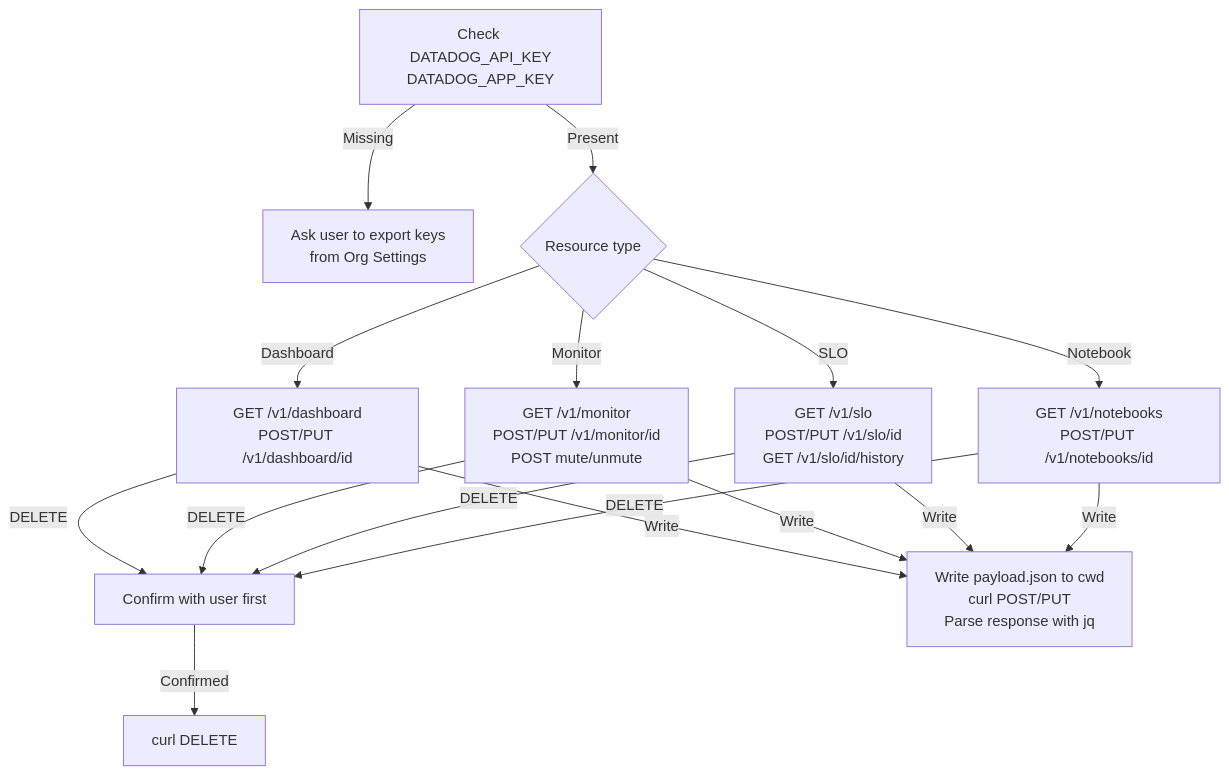
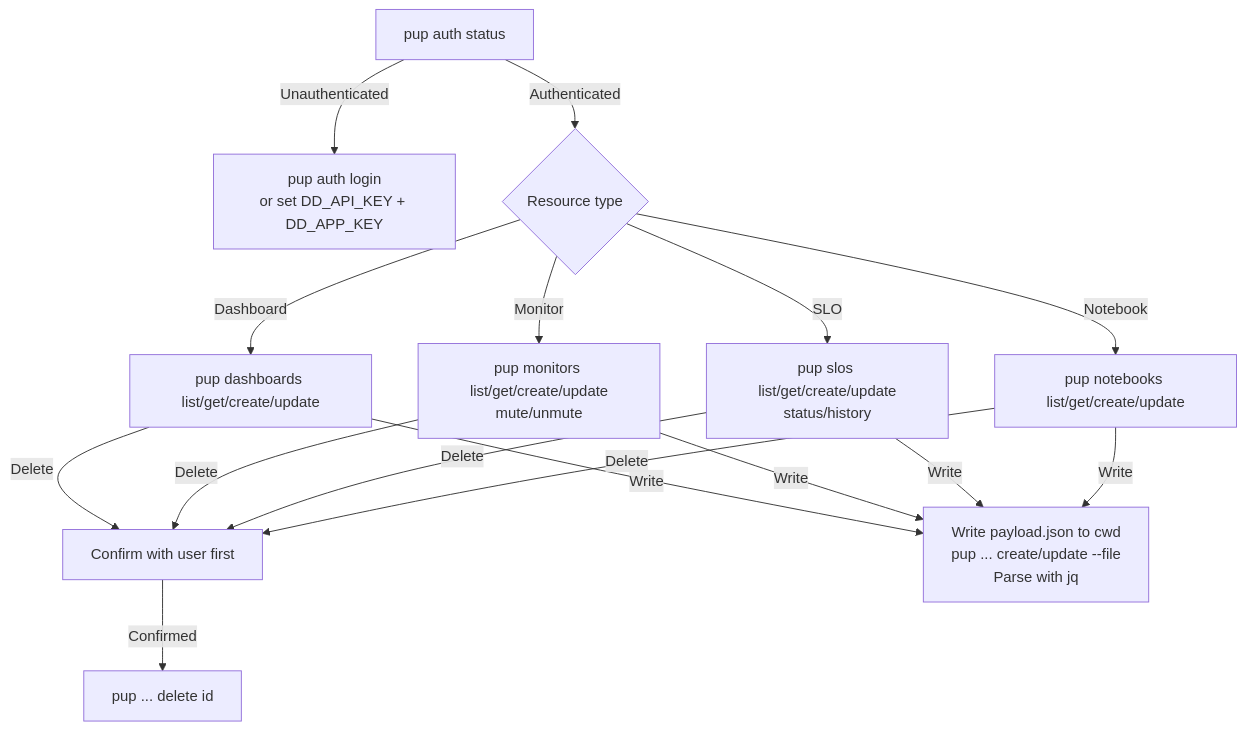
The diagram in skills/datadog/README.md (whizzzkid/skills), drawn with Mermaid before and after one commit. The commit also changed other lines of this file and 3 other files, not shown here.

First line of the commit message:
refactor(skills): ♻️ datadog — switch from REST/MCP to the pup CLI

````diff
--- a/skills/datadog/README.md
+++ b/skills/datadog/README.md
@@ -16,12 +16,12 @@
 ```mermaid
 flowchart TD
-    A[Check DATADOG_API_KEY<br/>DATADOG_APP_KEY] -->|Missing| B[Ask user to export keys<br/>from Org Settings]
-    A -->|Present| C{Resource type}
-    C -->|Dashboard| D[GET /v1/dashboard<br/>POST/PUT /v1/dashboard/id]
-    C -->|Monitor| E[GET /v1/monitor<br/>POST/PUT /v1/monitor/id<br/>POST mute/unmute]
-    C -->|SLO| F[GET /v1/slo<br/>POST/PUT /v1/slo/id<br/>GET /v1/slo/id/history]
-    C -->|Notebook| G[GET /v1/notebooks<br/>POST/PUT /v1/notebooks/id]
-    D & E & F & G -->|DELETE| H[Confirm with user first]
-    H -->|Confirmed| I[curl DELETE]
-    D & E & F & G -->|Write| J[Write payload.json to cwd<br/>curl POST/PUT<br/>Parse response with jq]
+    A[pup auth status] -->|Unauthenticated| B[pup auth login<br/>or set DD_API_KEY + DD_APP_KEY]
+    A -->|Authenticated| C{Resource type}
+    C -->|Dashboard| D[pup dashboards list/get/create/update]
+    C -->|Monitor| E[pup monitors list/get/create/update<br/>mute/unmute]
+    C -->|SLO| F[pup slos list/get/create/update<br/>status/history]
+    C -->|Notebook| G[pup notebooks list/get/create/update]
+    D & E & F & G -->|Delete| H[Confirm with user first]
+    H -->|Confirmed| I[pup ... delete id]
+    D & E & F & G -->|Write| J[Write payload.json to cwd<br/>pup ... create/update --file<br/>Parse with jq]
 ```
````
